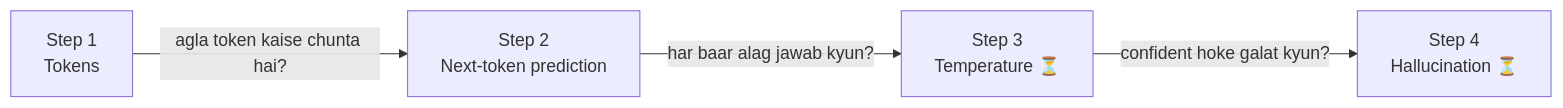
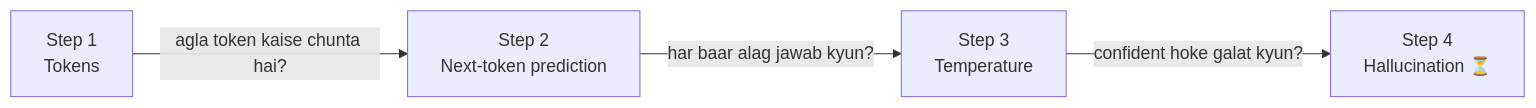
The first of 4 diagrams in 02_how_llms_work/README.md (Adityaguptawebdev/Learning_AI), drawn with Mermaid before and after one commit. The commit also changed other lines of this file and 2 other files, not shown here.

Commit message:
Chapter 02: step 3 temperature

````diff
--- a/02_how_llms_work/README.md
+++ b/02_how_llms_work/README.md
@@ -5,6 +5,6 @@
 ```mermaid
 flowchart LR
     S1["Step 1<br/>Tokens"] -->|"agla token kaise chunta hai?"| S2["Step 2<br/>Next-token prediction"]
-    S2 -->|"har baar alag jawab kyun?"| S3["Step 3<br/>Temperature ⏳"]
+    S2 -->|"har baar alag jawab kyun?"| S3["Step 3<br/>Temperature"]
     S3 -->|"confident hoke galat kyun?"| S4["Step 4<br/>Hallucination ⏳"]
 ```
````
